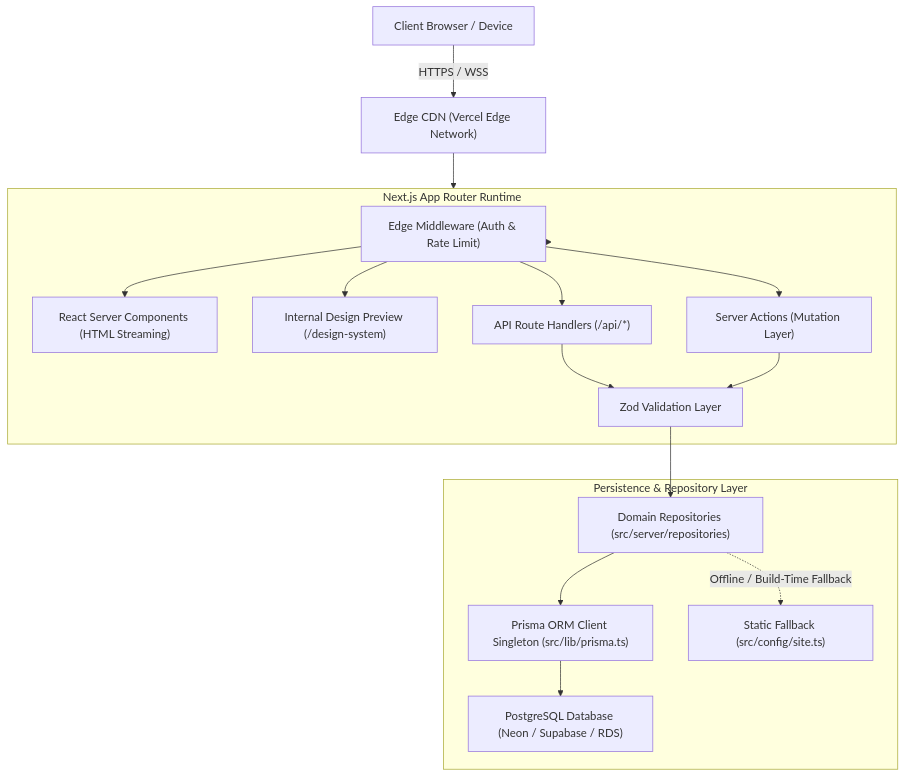
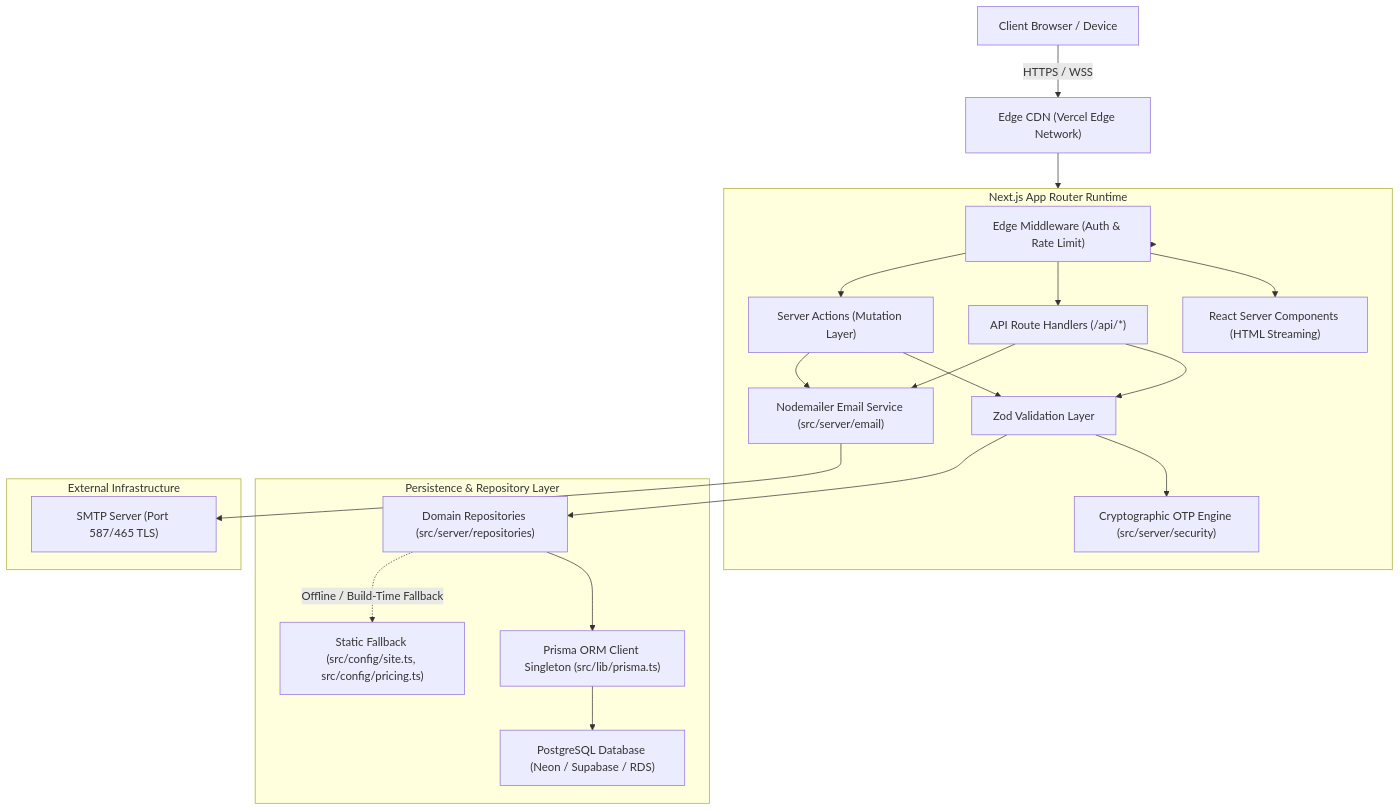
One commit to void-tech-shiv/Voidtechsolution changed the diagram in docs/ARCHITECTURE.md. Above: the diagram before and after it, drawn with Mermaid. The commit also changed other lines of this file and 50 other files, not shown here.

Commit message:
feat(phase-3): complete closure audit with 10 models, inr pricing, nodemailer smtp & otp engine

````diff
--- a/docs/ARCHITECTURE.md
+++ b/docs/ARCHITECTURE.md
@@ -6,35 +6,43 @@
 ```mermaid
 flowchart TD
     Client["Client Browser / Device"]
     CDN["Edge CDN (Vercel Edge Network)"]
     
     subgraph NextServer["Next.js App Router Runtime"]
         Middleware["Edge Middleware (Auth & Rate Limit)"]
         RSC["React Server Components (HTML Streaming)"]
-        DesignPreview["Internal Design Preview (/design-system)"]
         Routes["API Route Handlers (/api/*)"]
         Actions["Server Actions (Mutation Layer)"]
         Validation["Zod Validation Layer"]
+        EmailService["Nodemailer Email Service (src/server/email)"]
+        OtpService["Cryptographic OTP Engine (src/server/security)"]
     end
 
     subgraph DataLayer["Persistence & Repository Layer"]
         Repo["Domain Repositories (src/server/repositories)"]
         PrismaClient["Prisma ORM Client Singleton (src/lib/prisma.ts)"]
         Postgres["PostgreSQL Database (Neon / Supabase / RDS)"]
-        StaticFallback["Static Fallback (src/config/site.ts)"]
+        StaticFallback["Static Fallback (src/config/site.ts, src/config/pricing.ts)"]
+    end
+
+    subgraph External["External Infrastructure"]
+        SmtpServer["SMTP Server (Port 587/465 TLS)"]
     end
 
     Client -->|HTTPS / WSS| CDN
     CDN --> NextServer
     NextServer --> Middleware
     Middleware --> RSC
-    Middleware --> DesignPreview
     Middleware --> Routes
     Middleware --> Actions
     Routes --> Validation
     Actions --> Validation
+    Validation --> OtpService
     Validation --> Repo
+    Actions --> EmailService
+    Routes --> EmailService
+    EmailService --> SmtpServer
     Repo --> PrismaClient
     Repo -.->|Offline / Build-Time Fallback| StaticFallback
     PrismaClient --> Postgres
 ```
````
